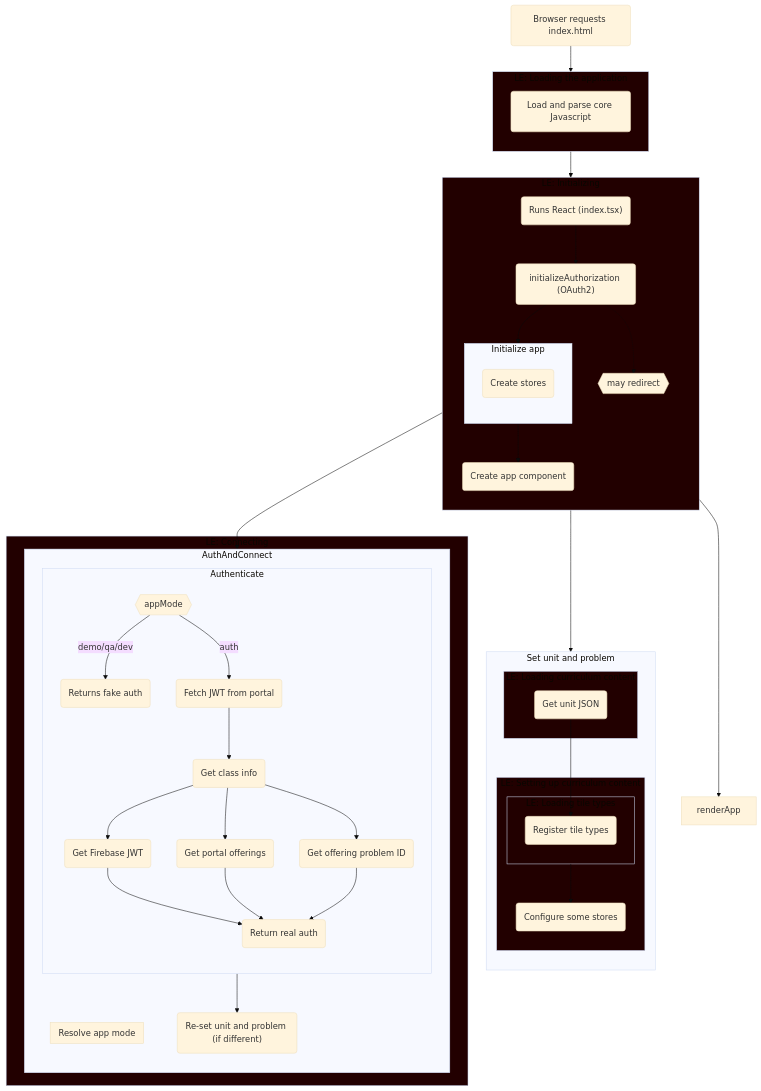
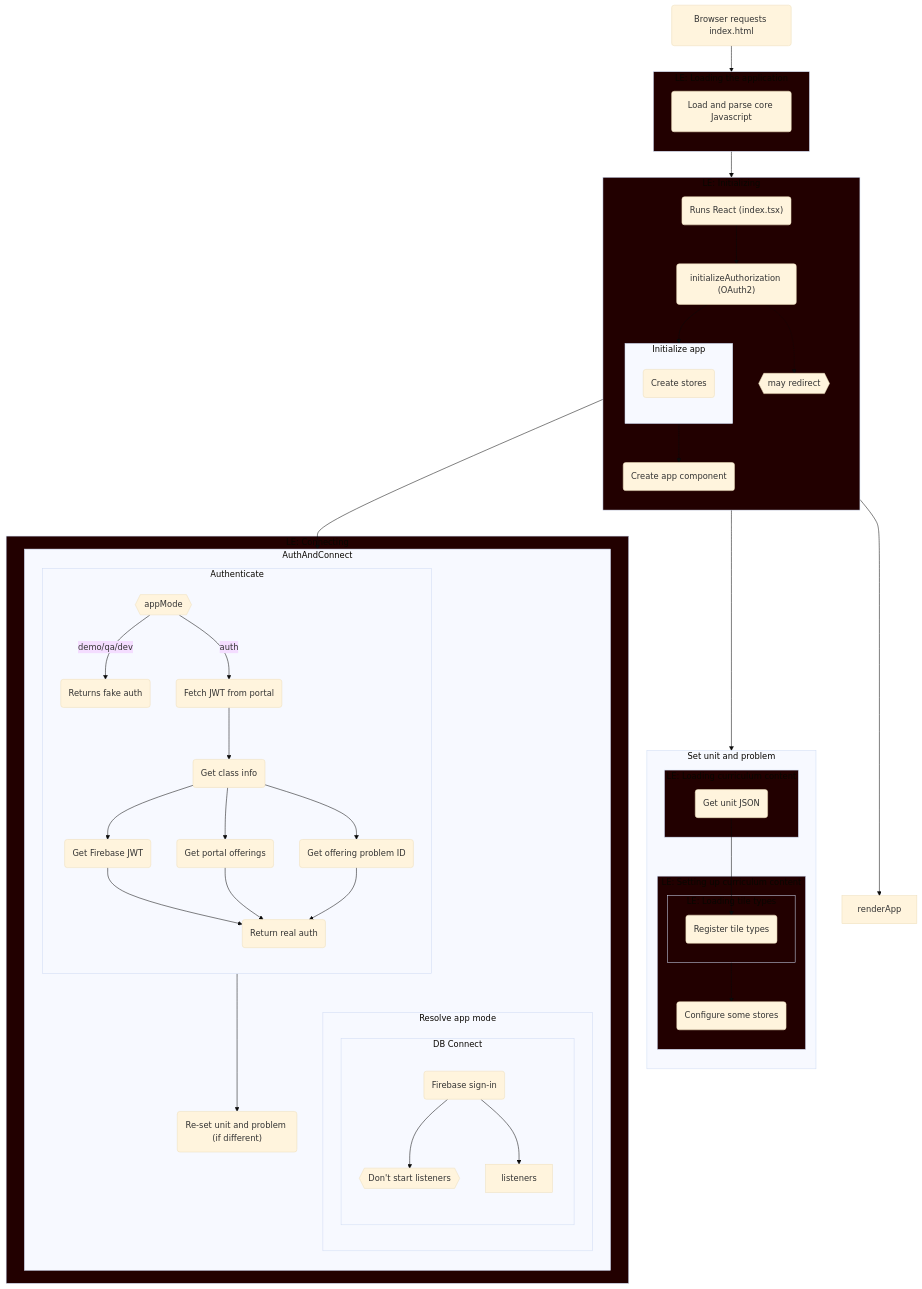
One commit to concord-consortium/collaborative-learning changed the diagram in docs/mermaid-test.md. Above: the diagram before and after it, drawn with Mermaid (base theme).

Commit message:
start db

```diff
--- a/docs/mermaid-test.md
+++ b/docs/mermaid-test.md
@@ -74,6 +74,13 @@
 
       subgraph ram [Resolve app mode]
         direction TB
+
+        subgraph db [DB Connect]
+          direction TB
+          fb(Firebase sign-in)
+          fb --> nolisteners & listeners
+          nolisteners{{Don't start listeners}}
+        end
       end
     end
   end
```
